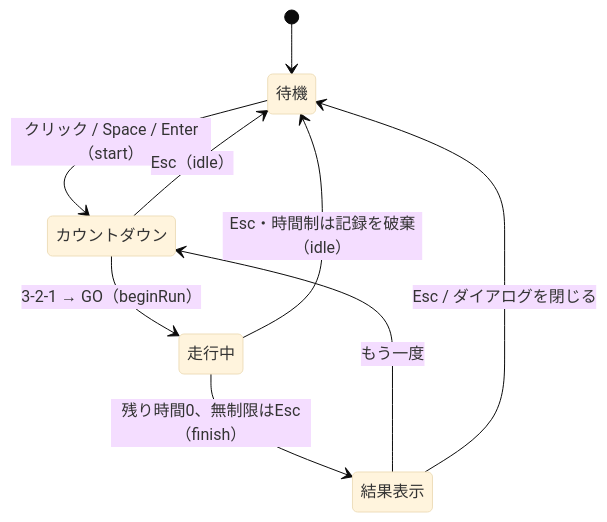
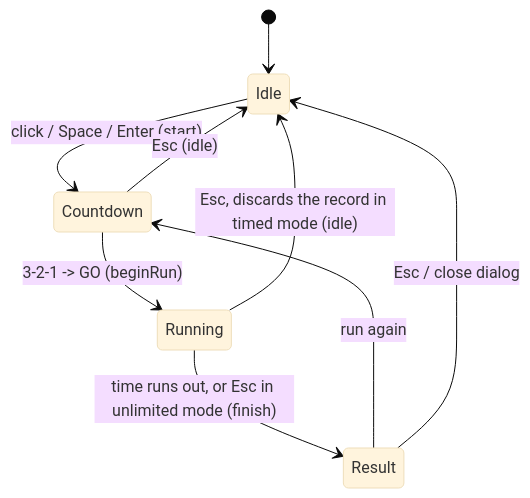
Before and after one commit to niw/vial-typing: the second of 4 diagrams in docs/app-overview.md, drawn with Mermaid (base theme). The commit also changed other lines of this file and 3 other files, not shown here.

````diff
--- a/docs/app-overview.md
+++ b/docs/app-overview.md
@@ -90,11 +104,11 @@
 ```mermaid
 stateDiagram-v2
-  [*] --> 待機
-  待機 --> カウントダウン: クリック / Space / Enter（start）
-  カウントダウン --> 走行中: 3-2-1 → GO（beginRun）
-  カウントダウン --> 待機: Esc（idle）
-  走行中 --> 待機: Esc・時間制は記録を破棄（idle）
-  走行中 --> 結果表示: 残り時間0、無制限はEsc（finish）
-  結果表示 --> カウントダウン: もう一度
-  結果表示 --> 待機: Esc / ダイアログを閉じる
+  [*] --> Idle
+  Idle --> Countdown: click / Space / Enter (start)
+  Countdown --> Running: 3-2-1 -> GO (beginRun)
+  Countdown --> Idle: Esc (idle)
+  Running --> Idle: Esc, discards the record in timed mode (idle)
+  Running --> Result: time runs out, or Esc in unlimited mode (finish)
+  Result --> Countdown: run again
+  Result --> Idle: Esc / close dialog
 ```
````
